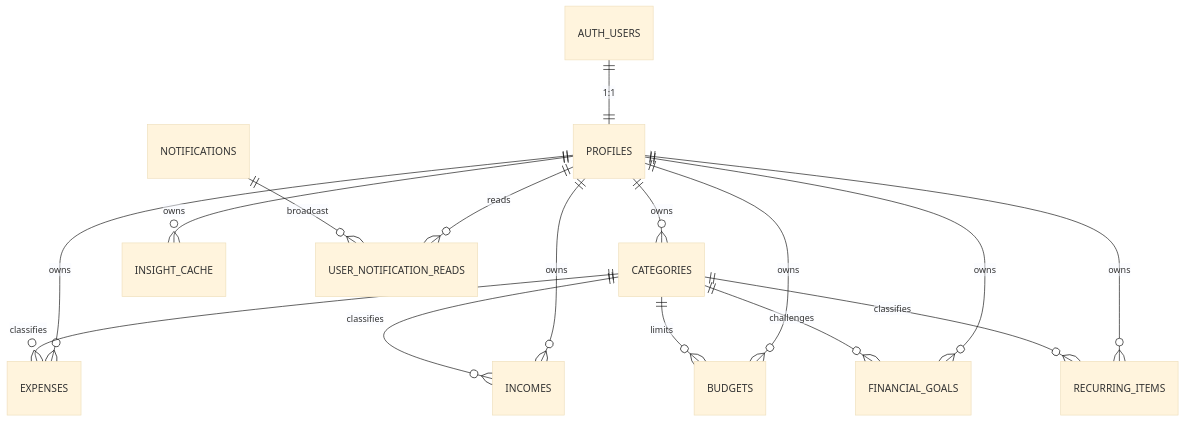
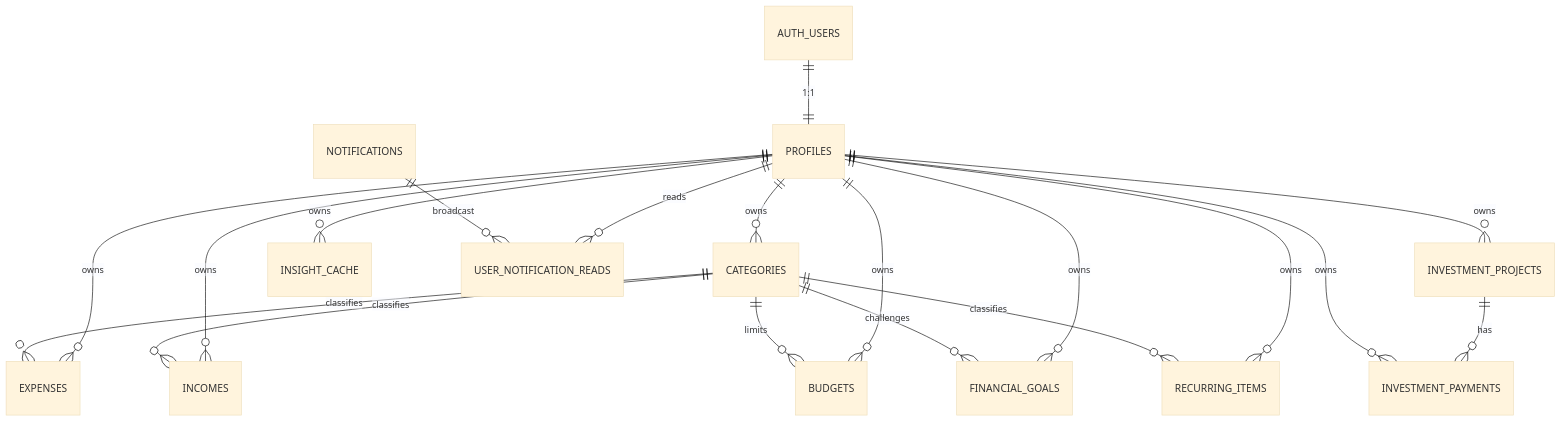
Before and after one commit to MushfiqMoon/PoysaPath: the first of 2 diagrams in docs/planning-db.md, drawn with Mermaid (base theme). The commit also changed other lines of this file and 45 other files, not shown here.

````diff
--- a/docs/planning-db.md
+++ b/docs/planning-db.md
@@ -19,18 +19,21 @@
 ```mermaid
 erDiagram
     AUTH_USERS ||--|| PROFILES : "1:1"
     PROFILES ||--o{ CATEGORIES : owns
     PROFILES ||--o{ EXPENSES : owns
     PROFILES ||--o{ INCOMES : owns
     PROFILES ||--o{ BUDGETS : owns
     PROFILES ||--o{ FINANCIAL_GOALS : owns
+    PROFILES ||--o{ INVESTMENT_PROJECTS : owns
+    INVESTMENT_PROJECTS ||--o{ INVESTMENT_PAYMENTS : has
+    PROFILES ||--o{ INVESTMENT_PAYMENTS : owns
     PROFILES ||--o{ RECURRING_ITEMS : owns
     PROFILES ||--o{ INSIGHT_CACHE : owns
     CATEGORIES ||--o{ EXPENSES : classifies
     CATEGORIES ||--o{ INCOMES : classifies
     CATEGORIES ||--o{ BUDGETS : limits
     CATEGORIES ||--o{ FINANCIAL_GOALS : challenges
     CATEGORIES ||--o{ RECURRING_ITEMS : classifies
     PROFILES ||--o{ USER_NOTIFICATION_READS : reads
     NOTIFICATIONS ||--o{ USER_NOTIFICATION_READS : broadcast
 ```
````
